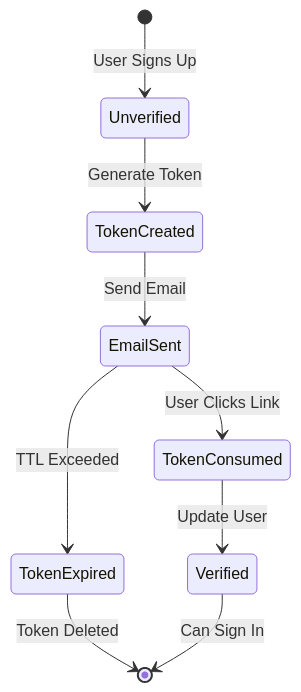
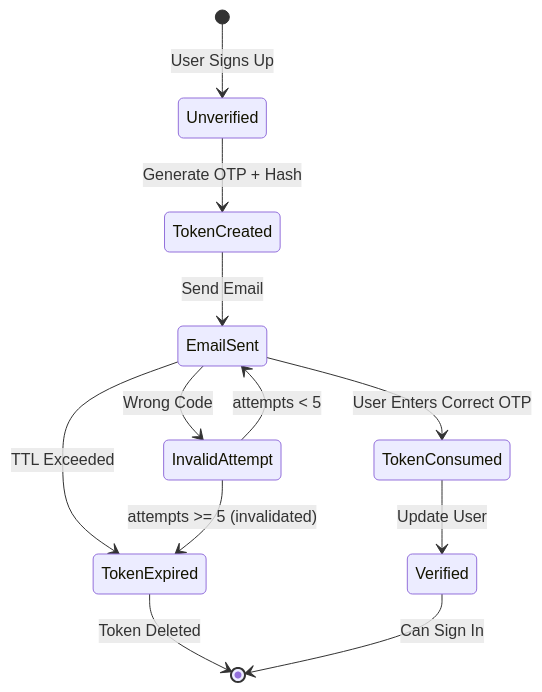
One commit to manumu-studio/auth-manumu-studio changed the ninth of 15 diagrams in docs/ARCHITECTURE.md. Above: the diagram before and after it, drawn with Mermaid. The commit also changed other lines of this file and 29 other files, not shown here.

First line of the commit message:
feat(auth): replace email verification link with 6-digit OTP code

````diff
--- a/docs/ARCHITECTURE.md
+++ b/docs/ARCHITECTURE.md
@@ -209,11 +209,14 @@
 ```mermaid
 stateDiagram-v2
     [*] --> Unverified: User Signs Up
-    Unverified --> TokenCreated: Generate Token
+    Unverified --> TokenCreated: Generate OTP + Hash
     TokenCreated --> EmailSent: Send Email
     EmailSent --> TokenExpired: TTL Exceeded
-    EmailSent --> TokenConsumed: User Clicks Link
+    EmailSent --> InvalidAttempt: Wrong Code
+    InvalidAttempt --> EmailSent: attempts < 5
+    InvalidAttempt --> TokenExpired: attempts >= 5 (invalidated)
+    EmailSent --> TokenConsumed: User Enters Correct OTP
     TokenConsumed --> Verified: Update User
     TokenExpired --> [*]: Token Deleted
     Verified --> [*]: Can Sign In
 ```
````
